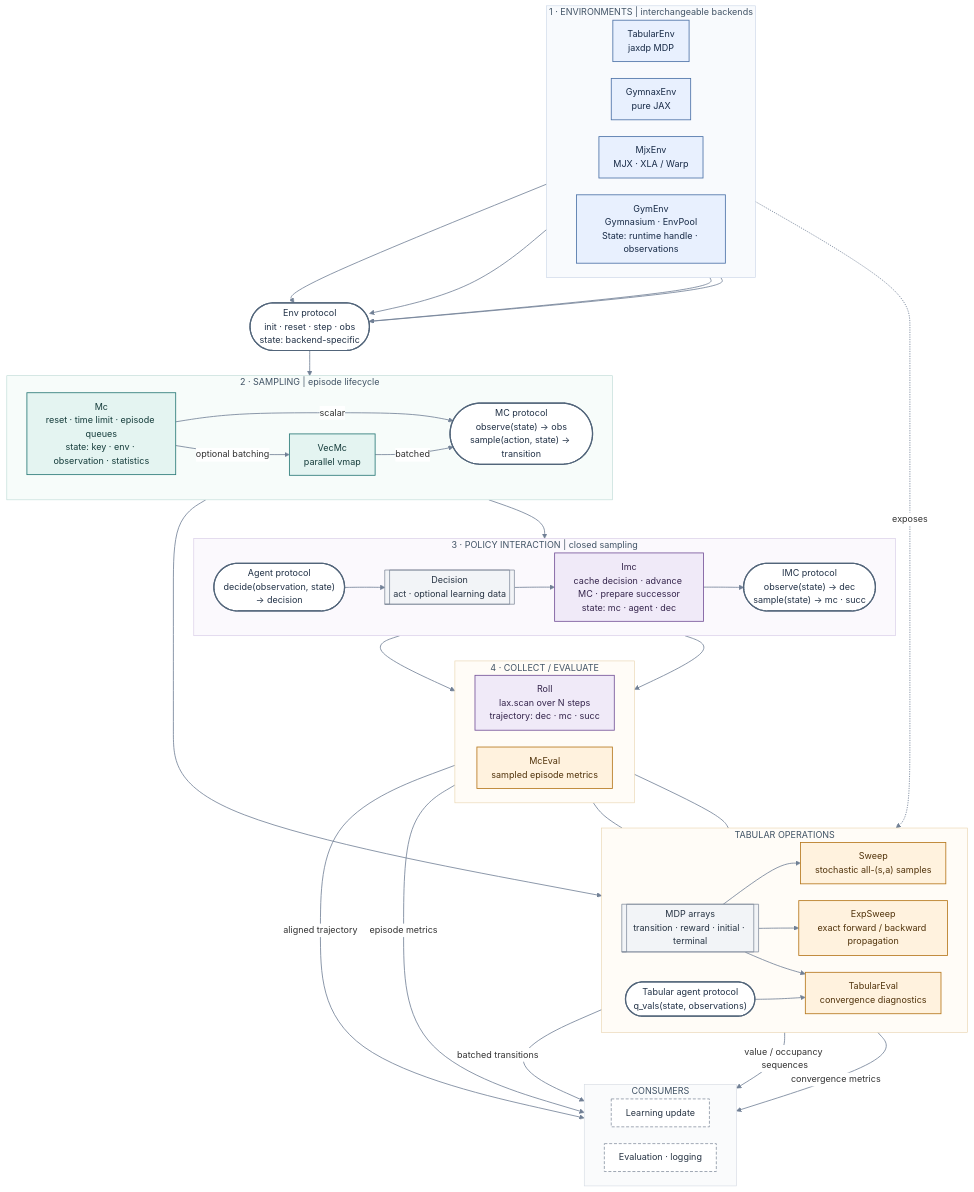
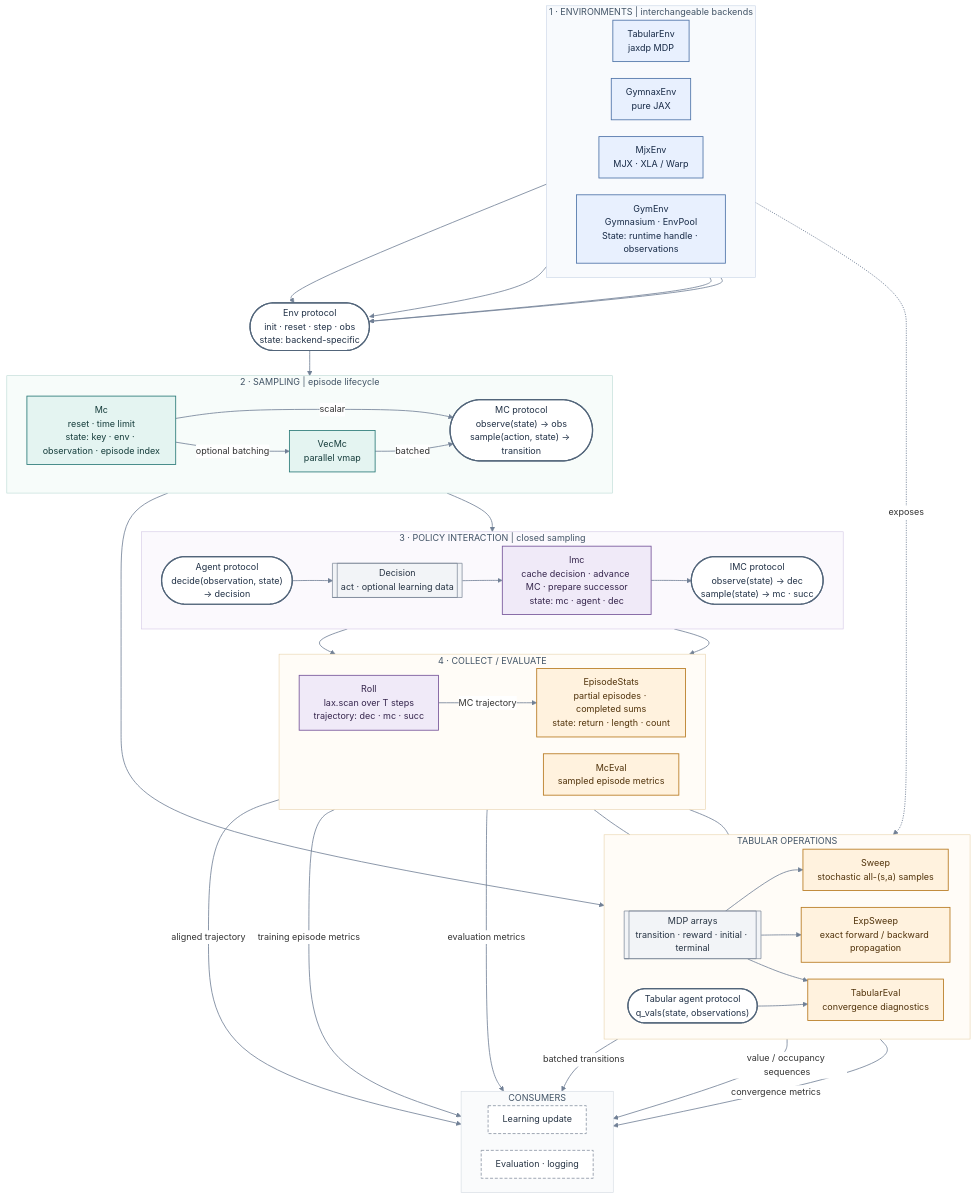
The first of 2 diagrams in doc/components.md (TolgaOk/jaxtor), drawn with Mermaid before and after one commit. The commit also changed other lines of this file and 19 other files, not shown here.

Commit message:
feat!: extract episode stats

```diff
--- a/doc/components.md
+++ b/doc/components.md
@@ -23,7 +23,7 @@
 
     subgraph sampling["2 · SAMPLING | episode lifecycle"]
         direction LR
-        mc["Mc<br/>reset · time limit · episode queues<br/>state: key · env · observation · statistics"]
+        mc["Mc<br/>reset · time limit<br/>state: key · env · observation · episode index"]
         vecmc["VecMc<br/>parallel vmap"]
         mc_api(["MC protocol<br/>observe(state) → obs<br/>sample(action, state) → transition"])
         mc -->|scalar| mc_api
@@ -47,12 +47,14 @@
 
     subgraph collection["4 · COLLECT / EVALUATE"]
         direction LR
-        roll["Roll<br/>lax.scan over N steps<br/>trajectory: dec · mc · succ"]
+        roll["Roll<br/>lax.scan over T steps<br/>trajectory: dec · mc · succ"]
+        ep_stats["EpisodeStats<br/>partial episodes · completed sums<br/>state: return · length · count"]
         mc_eval["McEval<br/>sampled episode metrics"]
     end
 
     imc_api --> roll
     imc_api --> mc_eval
+    roll -->|MC trajectory| ep_stats
 
     subgraph tabular_branch["TABULAR OPERATIONS"]
         direction LR
@@ -81,7 +83,8 @@
     roll -->|aligned trajectory| update
     sweep -->|batched transitions| update
     exp_sweep -->|value / occupancy sequences| update
-    mc_eval -->|episode metrics| report
+    ep_stats -->|training episode metrics| report
+    mc_eval -->|evaluation metrics| report
     tabular_eval -->|convergence metrics| report
 
     classDef adapter fill:#E8F0FE,stroke:#4E73A8,color:#172A46,stroke-width:1.4px;
@@ -96,7 +99,7 @@
     class env_api,mc_api,agent_api,imc_api,value_api protocol;
     class mc,vecmc sampler;
     class imc,roll interactionNode;
-    class mc_eval,sweep,exp_sweep,tabular_eval analysis;
+    class ep_stats,mc_eval,sweep,exp_sweep,tabular_eval analysis;
     class dec,mdp data;
     class update,report consumer;
 
```
